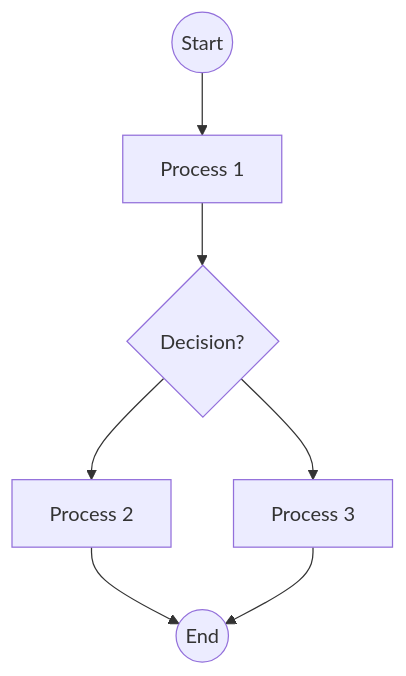
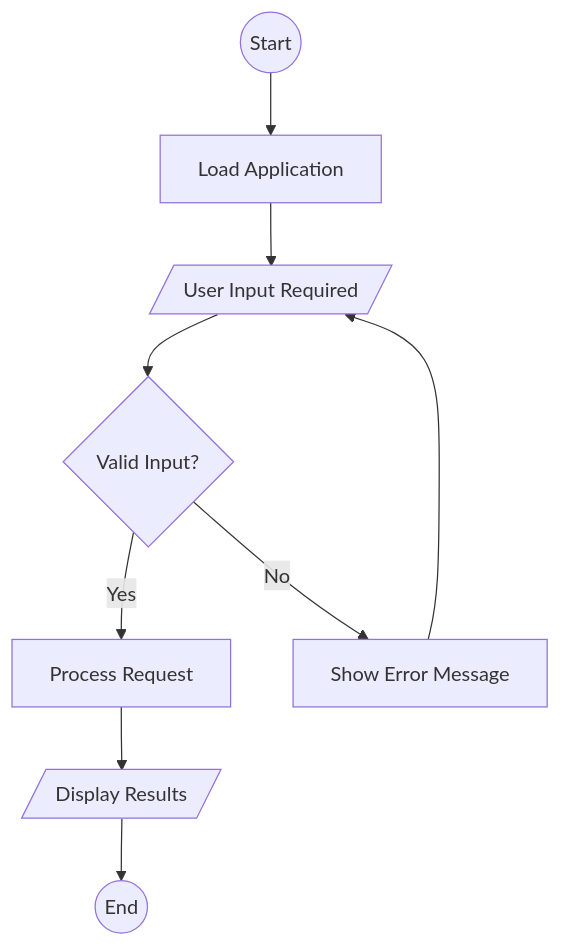
Before and after one commit to jorgemunozl/vllm: the diagram in instructions.md, drawn with Mermaid. The commit also changed other lines of this file and 216 other files, not shown here.

````diff
--- a/instructions.md
+++ b/instructions.md
@@ -26,9 +48,11 @@
 ```mermaid
 flowchart TD
-    A((Start)) --> B[Process 1]
-    B --> C{Decision?}
-    C --> D[Process 2]
-    C --> E[Process 3]
-    D --> F((End))
-    E --> F
+    A((Start)) --> B[Load Application]
+    B --> C[/"User Input Required"/]
+    C --> D{Valid Input?}
+    D -->|Yes| E[Process Request]
+    D -->|No| F[Show Error Message]
+    E --> G[/"Display Results"/]
+    F --> C
+    G --> H((End))
 ```
````
